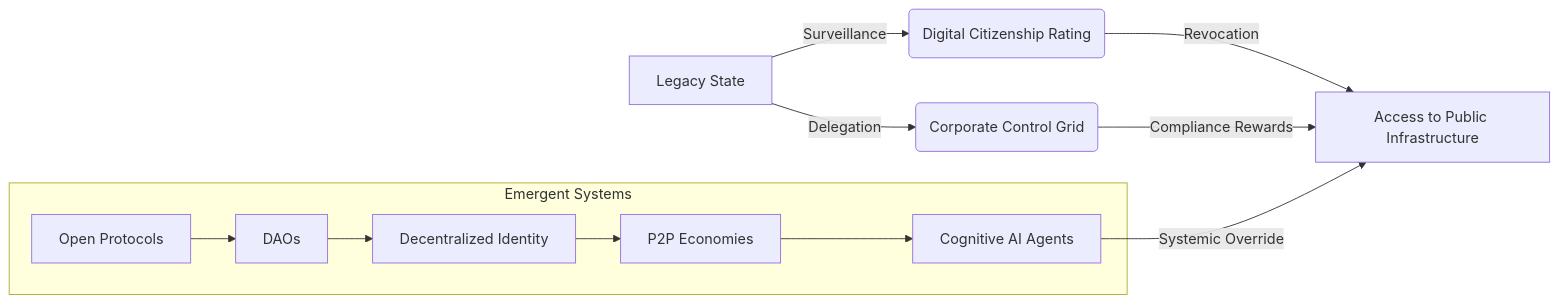
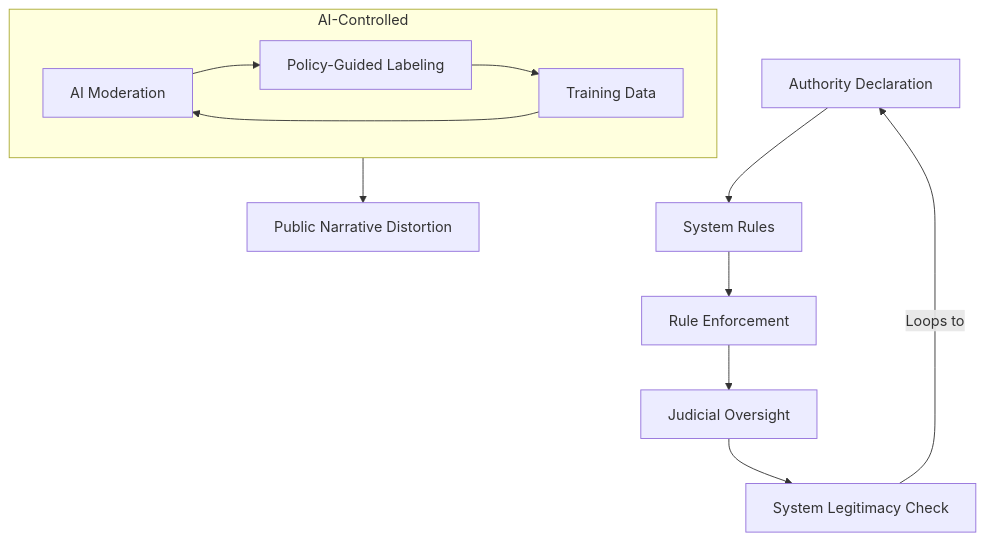
The diagram in Docs/HOW_TO_DISMANTLE_A_NARRATIVE.md (statikfintechllc/AscendDocs-of-GovSeverance), drawn with Mermaid before and after one commit. The commit also changed other lines of this file, not shown here.

````diff
--- a/Docs/HOW_TO_DISMANTLE_A_NARRATIVE.md
+++ b/Docs/HOW_TO_DISMANTLE_A_NARRATIVE.md
@@ -80,17 +135,16 @@
 ```mermaid
-graph LR
-    A[Legacy State] -->|Delegation| B(Corporate Control Grid)
-    A -->|Surveillance| C(Digital Citizenship Rating)
-    C -->|Revocation| D[Access to Public Infrastructure]
-    B -->|Compliance Rewards| D
+flowchart TD
+    A[Authority Declaration] --> B[System Rules]
+    B --> C[Rule Enforcement]
+    C --> D[Judicial Oversight]
+    D --> E[System Legitimacy Check]
+    E -->|Loops to| A
 
-    subgraph Emergent Systems
-        E[Open Protocols]
-        F[DAOs]
-        G[Decentralized Identity]
-        H[P2P Economies]
-        I[Cognitive AI Agents]
+    subgraph AI-Controlled
+        F[AI Moderation] --> G[Policy-Guided Labeling]
+        G --> H[Training Data]
+        H --> F
     end
 
-    E --> F --> G --> H --> I -->|Systemic Override| D
+    AI-Controlled --> I[Public Narrative Distortion]
 ```
````
